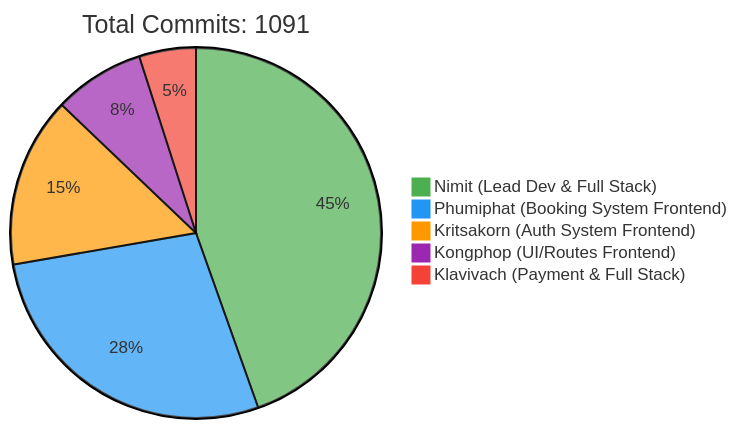
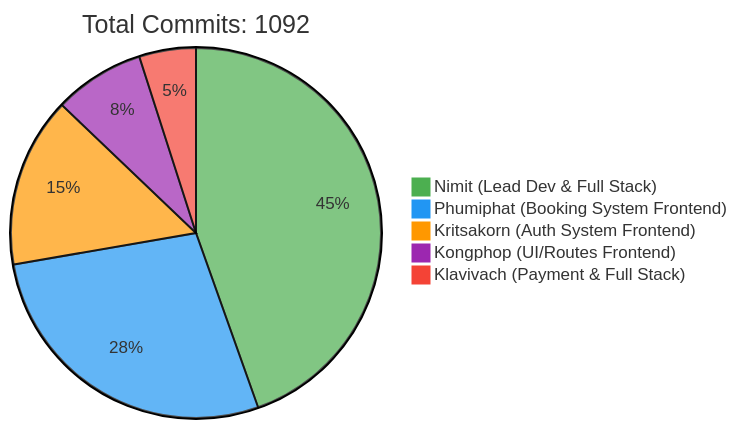
The first of 2 diagrams in README.md (6531503042/Sport-Complex), drawn with Mermaid before and after one commit. The commit also changed other lines of this file, not shown here.

Commit message:
docs: Update contributor statistics [skip ci]

````diff
--- a/README.md
+++ b/README.md
@@ -257,10 +257,10 @@
 ```mermaid
 %%{init: {'theme': 'base', 'themeVariables': { 'pie1': '#4CAF50', 'pie2': '#2196F3', 'pie3': '#FF9800', 'pie4': '#9C27B0', 'pie5': '#F44336'}}}%%
 pie
-    title Total Commits: 1091
+    title Total Commits: 1092
     "Nimit (Lead Dev & Full Stack)" : 450
     "Phumiphat (Booking System Frontend)" : 280
     "Kritsakorn (Auth System Frontend)" : 150
     "Kongphop (UI/Routes Frontend)" : 80
     "Klavivach (Payment & Full Stack)" : 50
 ```
````
